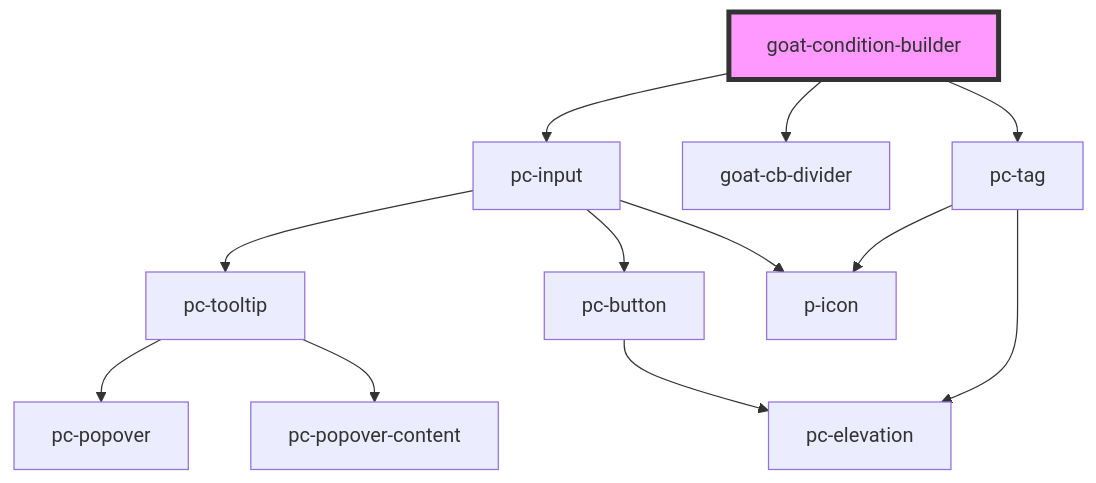
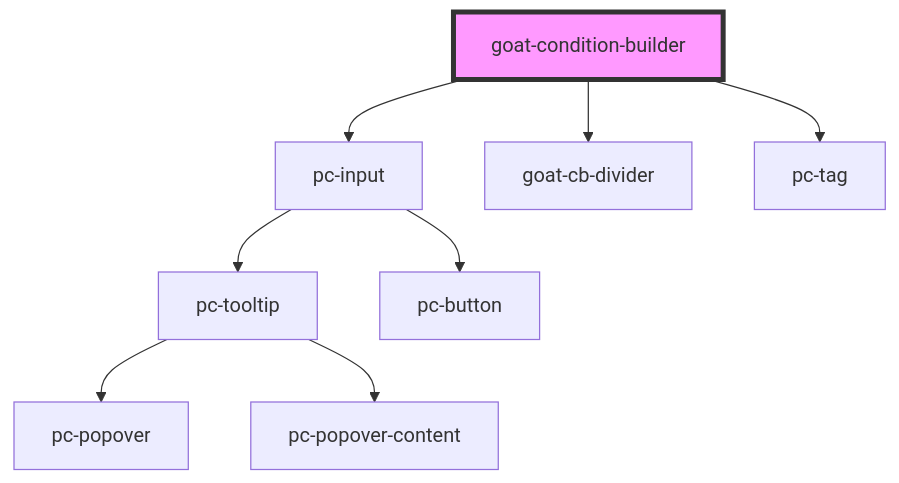
Before and after one commit to redvars/peacock: the diagram in src/components/application/condition-builder/condition-builder/readme.md, drawn with Mermaid. The commit also changed 135 other files, not shown here.

````diff
--- a/src/components/application/condition-builder/condition-builder/readme.md
+++ b/src/components/application/condition-builder/condition-builder/readme.md
@@ -24,15 +24,11 @@
 ```mermaid
 graph TD;
   goat-condition-builder --> pc-input
   goat-condition-builder --> goat-cb-divider
   goat-condition-builder --> pc-tag
   pc-input --> pc-tooltip
   pc-input --> pc-button
-  pc-input --> p-icon
   pc-tooltip --> pc-popover
   pc-tooltip --> pc-popover-content
-  pc-button --> pc-elevation
-  pc-tag --> p-icon
-  pc-tag --> pc-elevation
   style goat-condition-builder fill:#f9f,stroke:#333,stroke-width:4px
 ```
````
